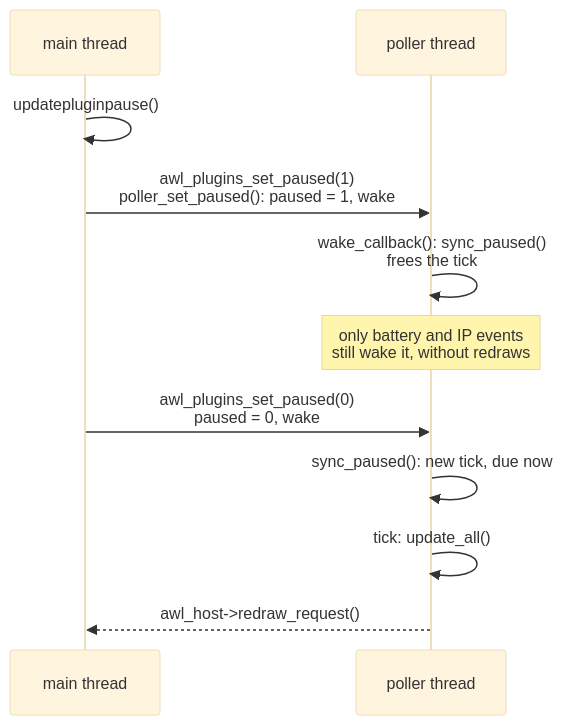
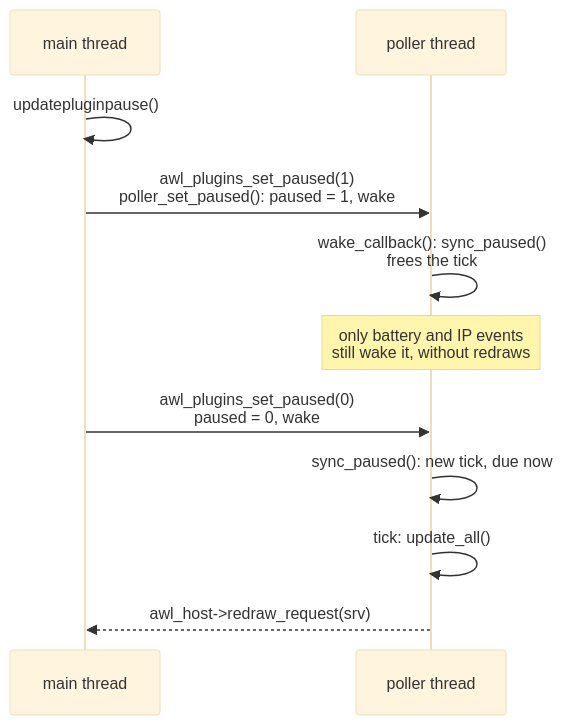
One commit to alcubierre-drive/awl changed the fourth of 8 diagrams in doc/threads.rst. Above: the diagram before and after it, drawn with Mermaid (base theme). The commit also changed other lines of this file and 60 other files, not shown here.

```diff
--- a/doc/threads.rst
+++ b/doc/threads.rst
@@ -221,13 +223,13 @@
 .. mermaid::
 
    sequenceDiagram
      participant M as main thread
      participant P as poller thread
      M->>M: updatepluginpause()
      M->>P: awl_plugins_set_paused(1)<br/>poller_set_paused(): paused = 1, wake
      P->>P: wake_callback(): sync_paused()<br/>frees the tick
      Note over P: only battery and IP events<br/>still wake it, without redraws
      M->>P: awl_plugins_set_paused(0)<br/>paused = 0, wake
      P->>P: sync_paused(): new tick, due now
      P->>P: tick: update_all()
-     P-->>M: awl_host->redraw_request()
+     P-->>M: awl_host->redraw_request(srv)
```
